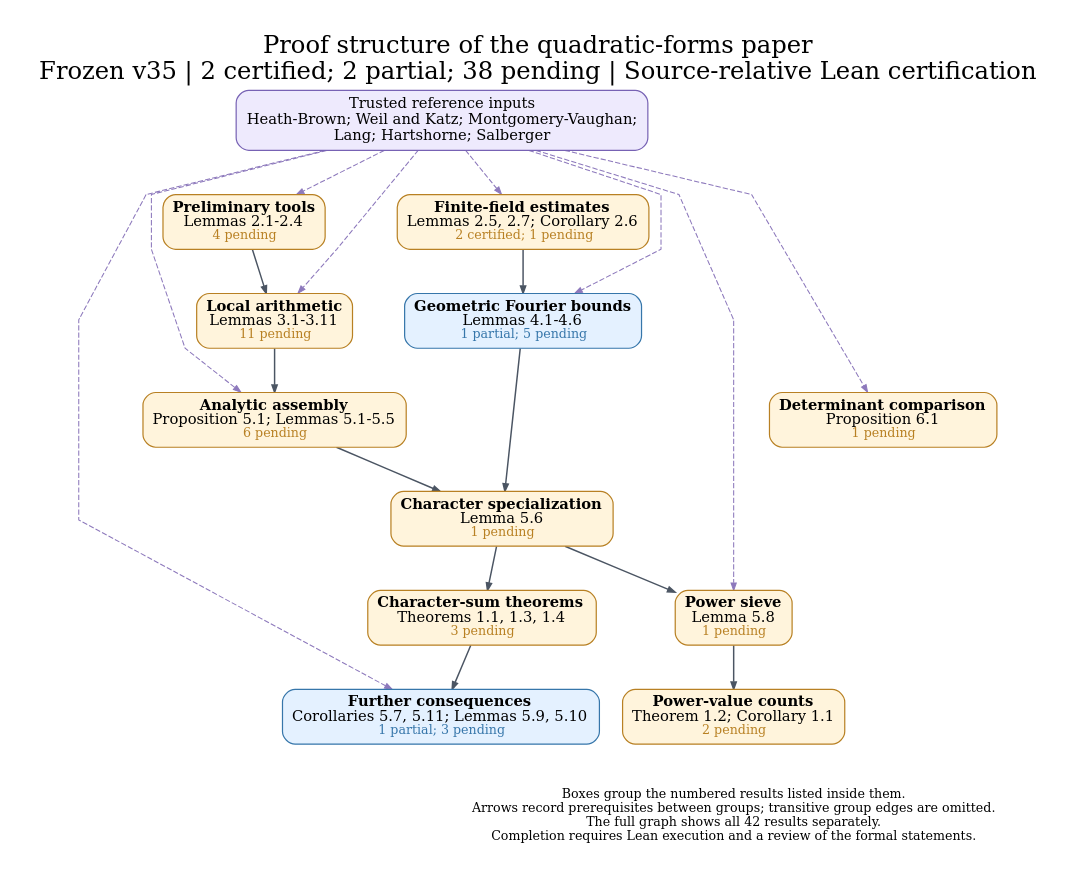
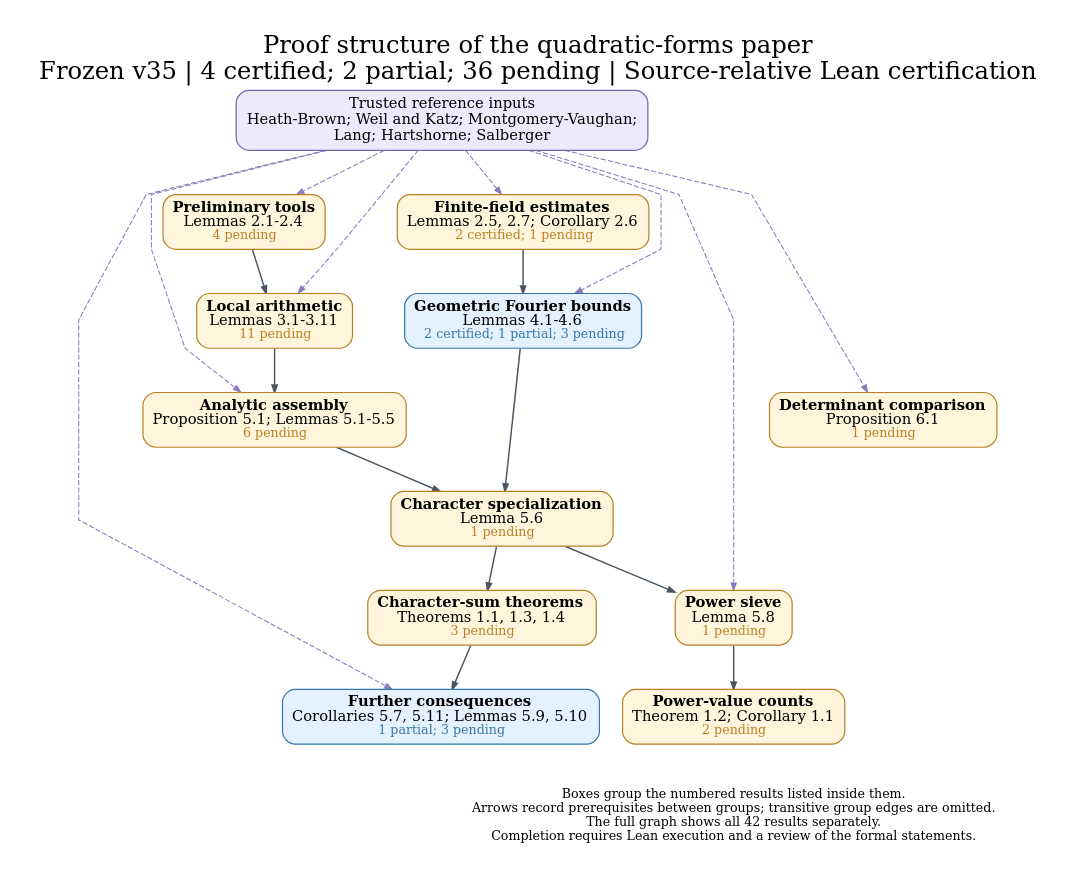
The diagram in docs/dependency_overview.dot (nicolasrobles/quaternary-quadratic-forms), drawn with Graphviz before and after one commit. The commit also changed 36 other files, not shown here.

```diff
--- a/docs/dependency_overview.dot
+++ b/docs/dependency_overview.dot
@@ -1,43 +1,43 @@
 digraph Overview {
 graph [rankdir=TB, newrank=true, compound=true, outputorder=edgesfirst,
   bgcolor="white", fontname="DejaVu Serif", fontsize=23, labelloc=t,
-  label="Proof structure of the quadratic-forms paper\nFrozen v35 | 2 certified; 2 partial; 38 pending | Source-relative Lean certification",
+  label="Proof structure of the quadratic-forms paper\nFrozen v35 | 4 certified; 2 partial; 36 pending | Source-relative Lean certification",
   nodesep=0.30, ranksep=0.58, pad=0.28, splines=polyline];
 node [shape=box, style="rounded,filled", fillcolor="#fff4dc", color="#b88023",
   fontname="DejaVu Serif", fontsize=14, penwidth=1.15, margin="0.12,0.09"];
 edge [color="#4b5563", arrowsize=0.70, penwidth=1.05];
 sources [label="Trusted reference inputs\nHeath-Brown; Weil and Katz; Montgomery-Vaughan;\nLang; Hartshorne; Salberger", fillcolor="#eeeafd", color="#7762b4", fontsize=14];
 "prelim" [label=<<B>Preliminary tools</B><BR/>Lemmas 2.1-2.4<BR/><FONT POINT-SIZE="12" COLOR="#b88023">4 pending</FONT>>, fillcolor="#fff4dc", color="#b88023", URL="https://github.com/nicolasrobles/quaternary-quadratic-forms/blob/main/INVENTORY.md", target="_blank"];
 "finite" [label=<<B>Finite-field estimates</B><BR/>Lemmas 2.5, 2.7; Corollary 2.6<BR/><FONT POINT-SIZE="12" COLOR="#b88023">2 certified; 1 pending</FONT>>, fillcolor="#fff4dc", color="#b88023", URL="https://github.com/nicolasrobles/quaternary-quadratic-forms/blob/main/INVENTORY.md", target="_blank"];
 "local" [label=<<B>Local arithmetic</B><BR/>Lemmas 3.1-3.11<BR/><FONT POINT-SIZE="12" COLOR="#b88023">11 pending</FONT>>, fillcolor="#fff4dc", color="#b88023", URL="https://github.com/nicolasrobles/quaternary-quadratic-forms/blob/main/INVENTORY.md", target="_blank"];
-"fourier" [label=<<B>Geometric Fourier bounds</B><BR/>Lemmas 4.1-4.6<BR/><FONT POINT-SIZE="12" COLOR="#3676aa">1 partial; 5 pending</FONT>>, fillcolor="#e4f1ff", color="#3676aa", URL="https://github.com/nicolasrobles/quaternary-quadratic-forms/blob/main/INVENTORY.md", target="_blank"];
+"fourier" [label=<<B>Geometric Fourier bounds</B><BR/>Lemmas 4.1-4.6<BR/><FONT POINT-SIZE="12" COLOR="#3676aa">2 certified; 1 partial; 3 pending</FONT>>, fillcolor="#e4f1ff", color="#3676aa", URL="https://github.com/nicolasrobles/quaternary-quadratic-forms/blob/main/INVENTORY.md", target="_blank"];
 "analytic" [label=<<B>Analytic assembly</B><BR/>Proposition 5.1; Lemmas 5.1-5.5<BR/><FONT POINT-SIZE="12" COLOR="#b88023">6 pending</FONT>>, fillcolor="#fff4dc", color="#b88023", URL="https://github.com/nicolasrobles/quaternary-quadratic-forms/blob/main/INVENTORY.md", target="_blank"];
 "characters" [label=<<B>Character specialization</B><BR/>Lemma 5.6<BR/><FONT POINT-SIZE="12" COLOR="#b88023">1 pending</FONT>>, fillcolor="#fff4dc", color="#b88023", URL="https://github.com/nicolasrobles/quaternary-quadratic-forms/blob/main/INVENTORY.md", target="_blank"];
 "sieve" [label=<<B>Power sieve</B><BR/>Lemma 5.8<BR/><FONT POINT-SIZE="12" COLOR="#b88023">1 pending</FONT>>, fillcolor="#fff4dc", color="#b88023", URL="https://github.com/nicolasrobles/quaternary-quadratic-forms/blob/main/INVENTORY.md", target="_blank"];
 "consequences" [label=<<B>Further consequences</B><BR/>Corollaries 5.7, 5.11; Lemmas 5.9, 5.10<BR/><FONT POINT-SIZE="12" COLOR="#3676aa">1 partial; 3 pending</FONT>>, fillcolor="#e4f1ff", color="#3676aa", URL="https://github.com/nicolasrobles/quaternary-quadratic-forms/blob/main/INVENTORY.md", target="_blank"];
 "maincharacters" [label=<<B>Character-sum theorems</B><BR/>Theorems 1.1, 1.3, 1.4<BR/><FONT POINT-SIZE="12" COLOR="#b88023">3 pending</FONT>>, fillcolor="#fff4dc", color="#b88023", URL="https://github.com/nicolasrobles/quaternary-quadratic-forms/blob/main/INVENTORY.md", target="_blank"];
 "mainpowers" [label=<<B>Power-value counts</B><BR/>Theorem 1.2; Corollary 1.1<BR/><FONT POINT-SIZE="12" COLOR="#b88023">2 pending</FONT>>, fillcolor="#fff4dc", color="#b88023", URL="https://github.com/nicolasrobles/quaternary-quadratic-forms/blob/main/INVENTORY.md", target="_blank"];
 "fixed" [label=<<B>Determinant comparison</B><BR/>Proposition 6.1<BR/><FONT POINT-SIZE="12" COLOR="#b88023">1 pending</FONT>>, fillcolor="#fff4dc", color="#b88023", URL="https://github.com/nicolasrobles/quaternary-quadratic-forms/blob/main/INVENTORY.md", target="_blank"];
 "analytic" -> "characters" [penwidth=1.4];
 "characters" -> "maincharacters" [penwidth=1.4];
 "characters" -> "sieve" [penwidth=1.4];
 "finite" -> "fourier" [penwidth=1.4];
 "fourier" -> "characters" [penwidth=1.4];
 "local" -> "analytic" [penwidth=1.4];
 "maincharacters" -> "consequences" [penwidth=1.4];
 "prelim" -> "local" [penwidth=1.4];
 "sieve" -> "mainpowers" [penwidth=1.4];
 sources -> "analytic" [style=dashed, color="#8d79bc", penwidth=1.0];
 sources -> "consequences" [style=dashed, color="#8d79bc", penwidth=1.0];
 sources -> "finite" [style=dashed, color="#8d79bc", penwidth=1.0];
 sources -> "fixed" [style=dashed, color="#8d79bc", penwidth=1.0];
 sources -> "fourier" [style=dashed, color="#8d79bc", penwidth=1.0];
 sources -> "local" [style=dashed, color="#8d79bc", penwidth=1.0];
 sources -> "prelim" [style=dashed, color="#8d79bc", penwidth=1.0];
 sources -> "sieve" [style=dashed, color="#8d79bc", penwidth=1.0];
 legend [shape=plain, style="", label="Boxes group the numbered results listed inside them.\nArrows record prerequisites between groups; transitive group edges are omitted.\nThe full graph shows all 42 results separately.\nCompletion requires Lean execution and a review of the formal statements.", fontsize=12];
 {rank=sink; legend;}
 "consequences" -> legend [style=invis];
 "fixed" -> legend [style=invis];
 "mainpowers" -> legend [style=invis];
 }
```
